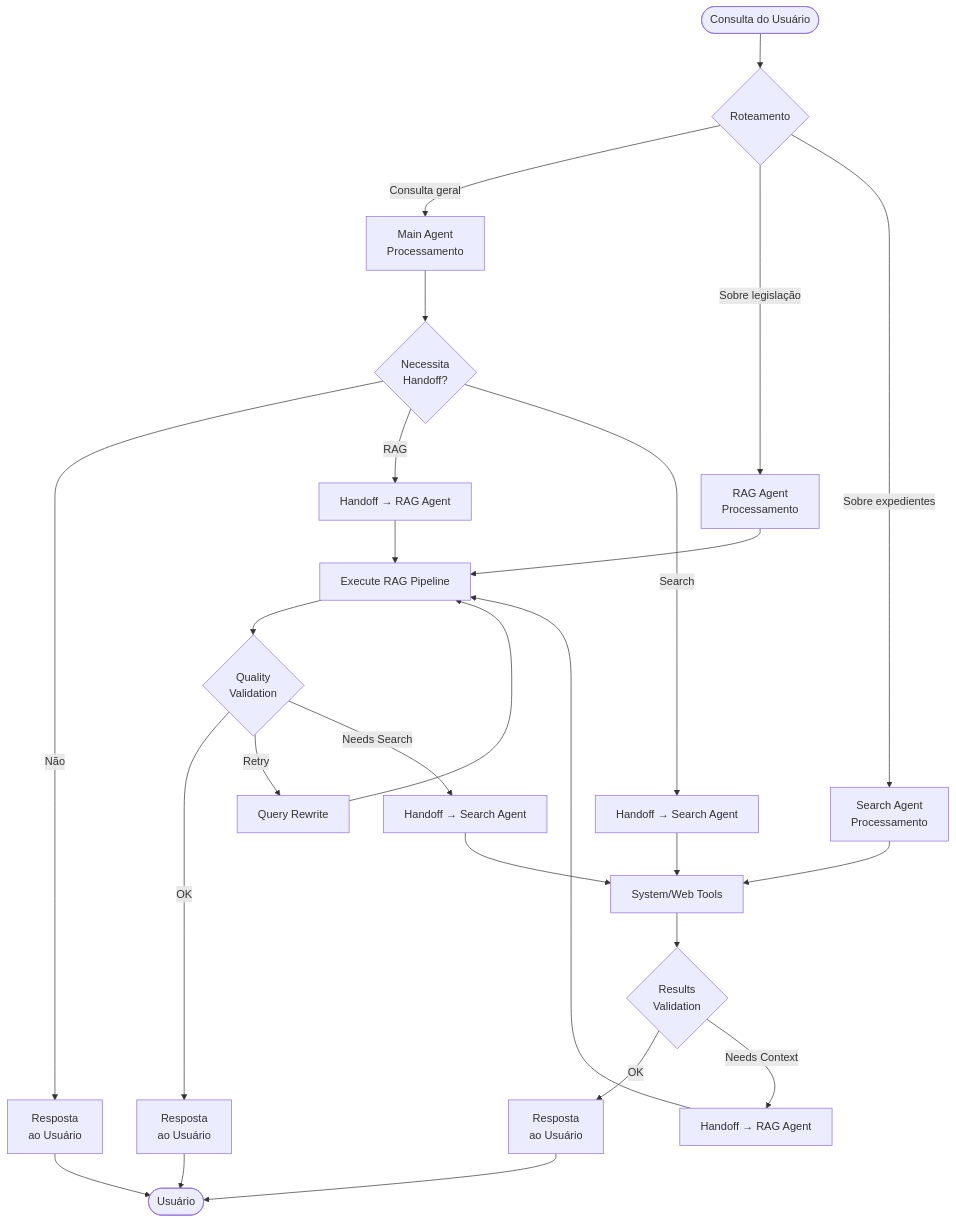
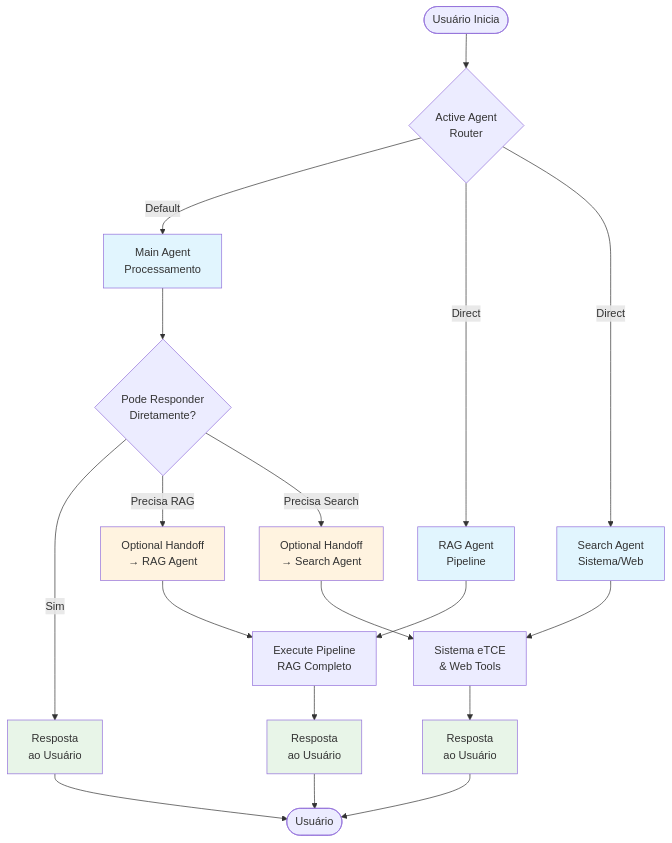
Before and after one commit to jgabriellima/coagent01-graph: the fourth of 18 diagrams in docs/tce_swarm/ARCHITECTURE_COMPLETE.md, drawn with Mermaid. The commit also changed other lines of this file and 13 other files, not shown here.

First line of the commit message:
feat: Update TCE-PA architecture and documentation

````diff
--- a/docs/tce_swarm/ARCHITECTURE_COMPLETE.md
+++ b/docs/tce_swarm/ARCHITECTURE_COMPLETE.md
@@ -228,35 +521,35 @@
 ```mermaid
 flowchart TD
-    START([Consulta do Usuário]) --> ENTRY_POINT{Roteamento}
+    START([Usuário Inicia]) --> ROUTER{Active Agent<br/>Router}
     
-    ENTRY_POINT -->|"Consulta geral"| MAIN_PROCESS[Main Agent<br/>Processamento]
-    ENTRY_POINT -->|"Sobre legislação"| RAG_PROCESS[RAG Agent<br/>Processamento]
-    ENTRY_POINT -->|"Sobre expedientes"| SEARCH_PROCESS[Search Agent<br/>Processamento]
+    ROUTER -->|"Default"| MAIN[Main Agent<br/>Processamento]
+    ROUTER -->|"Direct"| RAG[RAG Agent<br/>Pipeline]
+    ROUTER -->|"Direct"| SEARCH[Search Agent<br/>Sistema/Web]
     
-    MAIN_PROCESS --> MAIN_DECISION{Necessita<br/>Handoff?}
-    MAIN_DECISION -->|"Não"| MAIN_RESPONSE[Resposta<br/>ao Usuário]
-    MAIN_DECISION -->|"RAG"| HANDOFF_RAG[Handoff → RAG Agent]
-    MAIN_DECISION -->|"Search"| HANDOFF_SEARCH[Handoff → Search Agent]
+    MAIN --> MAIN_DECISION{Pode Responder<br/>Diretamente?}
     
-    RAG_PROCESS --> RAG_PIPELINE[Execute RAG Pipeline]
-    RAG_PIPELINE --> RAG_VALIDATION{Quality<br/>Validation}
-    RAG_VALIDATION -->|"OK"| RAG_RESPONSE[Resposta<br/>ao Usuário]
-    RAG_VALIDATION -->|"Retry"| RAG_RETRY[Query Rewrite]
-    RAG_VALIDATION -->|"Needs Search"| HANDOFF_SEARCH_RAG[Handoff → Search Agent]
+    MAIN_DECISION -->|"Sim"| MAIN_RESPONSE[Resposta<br/>ao Usuário]
+    MAIN_DECISION -->|"Precisa RAG"| HANDOFF_RAG[Optional Handoff<br/>→ RAG Agent]
+    MAIN_DECISION -->|"Precisa Search"| HANDOFF_SEARCH[Optional Handoff<br/>→ Search Agent]
     
-    SEARCH_PROCESS --> SEARCH_TOOLS[System/Web Tools]
-    SEARCH_TOOLS --> SEARCH_VALIDATION{Results<br/>Validation}
-    SEARCH_VALIDATION -->|"OK"| SEARCH_RESPONSE[Resposta<br/>ao Usuário]
-    SEARCH_VALIDATION -->|"Needs Context"| HANDOFF_RAG_SEARCH[Handoff → RAG Agent]
+    RAG --> RAG_PIPELINE[Execute Pipeline<br/>RAG Completo]
+    RAG_PIPELINE --> RAG_RESPONSE[Resposta<br/>ao Usuário]
+    
+    SEARCH --> SEARCH_TOOLS[Sistema eTCE<br/>& Web Tools]
+    SEARCH_TOOLS --> SEARCH_RESPONSE[Resposta<br/>ao Usuário]
     
     HANDOFF_RAG --> RAG_PIPELINE
     HANDOFF_SEARCH --> SEARCH_TOOLS
-    HANDOFF_SEARCH_RAG --> SEARCH_TOOLS
-    HANDOFF_RAG_SEARCH --> RAG_PIPELINE
-    
-    RAG_RETRY --> RAG_PIPELINE
     
     MAIN_RESPONSE --> END([Usuário])
     RAG_RESPONSE --> END
     SEARCH_RESPONSE --> END
+    
+    classDef agentNode fill:#e1f5fe
+    classDef responseNode fill:#e8f5e8
+    classDef handoffNode fill:#fff3e0
+    
+    class MAIN,RAG,SEARCH agentNode
+    class MAIN_RESPONSE,RAG_RESPONSE,SEARCH_RESPONSE responseNode
+    class HANDOFF_RAG,HANDOFF_SEARCH handoffNode
 ```
````
